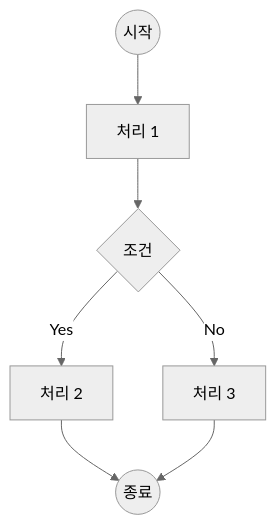
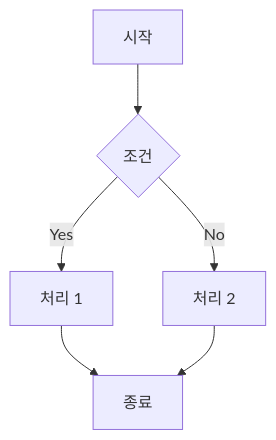
The first of 8 diagrams in .claude/skills/mermaid-diagram/SKILL.md (younwony/TIL), drawn with Mermaid before and after one commit. The commit also changed other lines of this file and 38 other files, not shown here.

Commit message:
docs: 텍스트 다이어그램을 SVG 이미지로 교체, 네트워크 및 시스템 설계 문서 업데이트

````diff
--- a/.claude/skills/mermaid-diagram/SKILL.md
+++ b/.claude/skills/mermaid-diagram/SKILL.md
@@ -97,10 +63,8 @@
 ```mermaid
-%%{init: {'theme': 'neutral'}}%%
 flowchart TD
-    A((시작)) --> B[처리 1]
-    B --> C{조건}
-    C -->|Yes| D[처리 2]
-    C -->|No| E[처리 3]
-    D --> F((종료))
-    E --> F
+    A[시작] --> B{조건}
+    B -->|Yes| C[처리 1]
+    B -->|No| D[처리 2]
+    C --> E[종료]
+    D --> E
 ```
````
